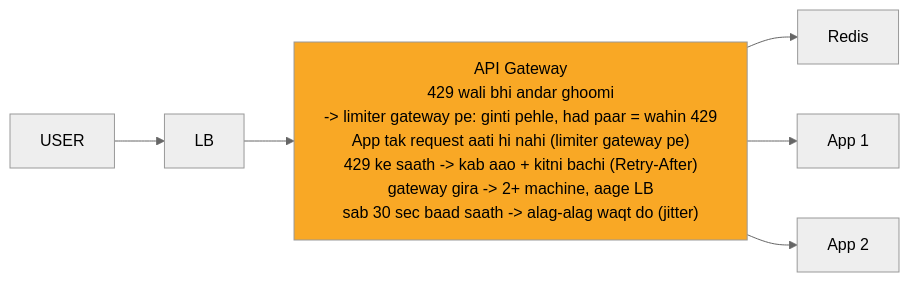
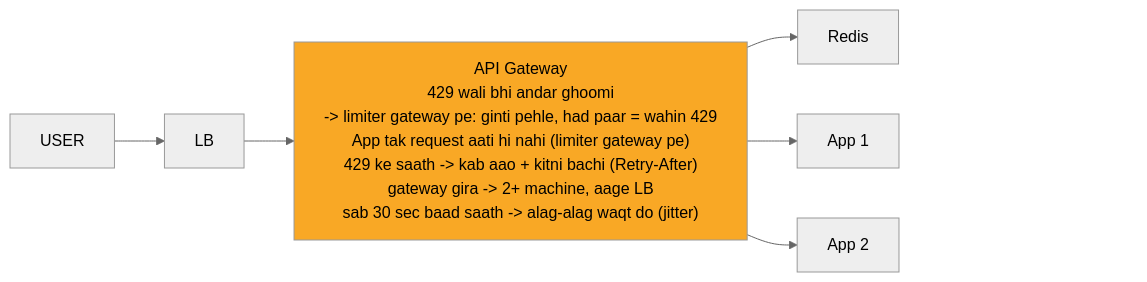
The fourth of 11 diagrams in 04_HLD/SYSTEM_DESIGNS/02_rate_limiter/02_rate_limiter.md (ArpanMaheshwari144/Prep), drawn with Mermaid (neutral theme) before and after one commit. The commit also changed other lines of this file and 13 other files, not shown here.

Commit message:
hld 14 file: har diagram ke daayein andekha dabba, zoom button asli dabbe pe na aaye

````diff
--- a/04_HLD/SYSTEM_DESIGNS/02_rate_limiter/02_rate_limiter.md
+++ b/04_HLD/SYSTEM_DESIGNS/02_rate_limiter/02_rate_limiter.md
@@ -189,16 +198,19 @@
 ```mermaid
 %%{init: {"flowchart": {"wrappingWidth": 450}}}%%
 flowchart LR
     n_USER["USER"]
     n_LB["LB"]
     n_API_Gateway["API Gateway<br/>429 wali bhi andar ghoomi<br/>-> limiter gateway pe: ginti pehle, had paar = wahin 429<br/>App tak request aati hi nahi (limiter gateway pe)<br/>429 ke saath -> kab aao + kitni bachi (Retry-After)<br/>gateway gira -> 2+ machine, aage LB<br/>sab 30 sec baad saath -> alag-alag waqt do (jitter)"]
     n_Redis["Redis"]
     n_App_x_N_1["App 1"]
     n_App_x_N_2["App 2"]
     n_USER --> n_LB
     n_LB --> n_API_Gateway
     n_API_Gateway --> n_Redis
     n_API_Gateway --> n_App_x_N_1
     n_API_Gateway --> n_App_x_N_2
+    n_pad["xxxxxxxxxxxxxxxx"]
+    n_App_x_N_2 ~~~ n_pad
     style n_API_Gateway fill:#f9a825,color:#000
+    style n_pad fill:none,stroke:none,color:#ffffff00
 ```
````
